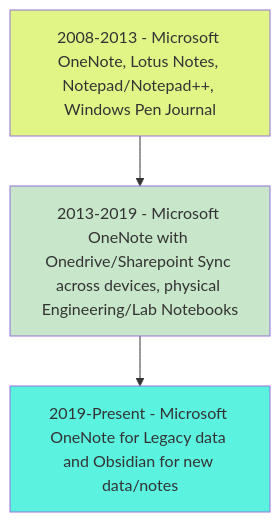
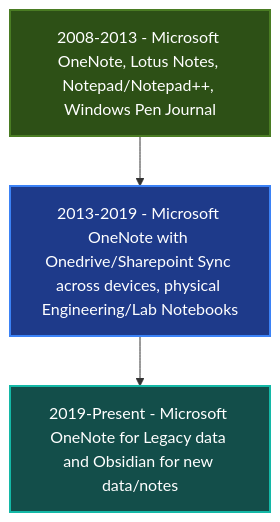
Before and after one commit to zavalalabs/zavalalabs.github.io: the first of 2 diagrams in _posts/2024-04-27-Obsidian-A-Journey.md, drawn with Mermaid. The commit also changed other lines of this file, not shown here.

Commit message:
Enhance flowchart color coding with high contrast styles for improved visibility in Obsidian A Journey post

````diff
--- a/_posts/2024-04-27-Obsidian-A-Journey.md
+++ b/_posts/2024-04-27-Obsidian-A-Journey.md
@@ -14,11 +14,12 @@
 ```mermaid
 flowchart TD
 A[2008-2013 - Microsoft OneNote, Lotus Notes, Notepad/Notepad++, Windows Pen Journal] --> B[2013-2019 - Microsoft OneNote with Onedrive/Sharepoint Sync across devices, physical Engineering/Lab Notebooks] --> C[2019-Present - Microsoft OneNote for Legacy data and Obsidian for new data/notes]
 
-%% Color coding
-    style A fill:#e1f587
-    style B fill:#c8e6c9
-    style C fill:#5bf3e0
+%% Color coding with high contrast text
+    style A fill:#2d5016,stroke:#4a7c23,stroke-width:2px,color:#ffffff
+    style B fill:#1e3a8a,stroke:#3b82f6,stroke-width:2px,color:#ffffff
+    style C fill:#134e4a,stroke:#14b8a6,stroke-width:2px,color:#ffffff
+    
 
 
 ```
````
